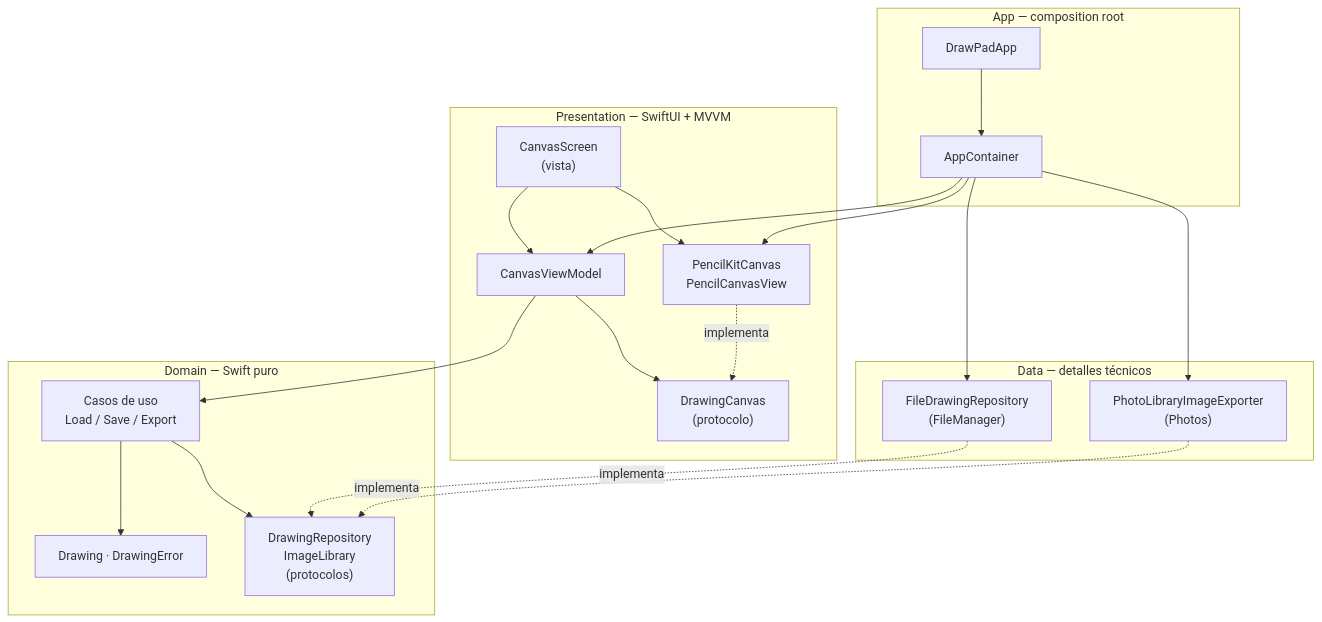
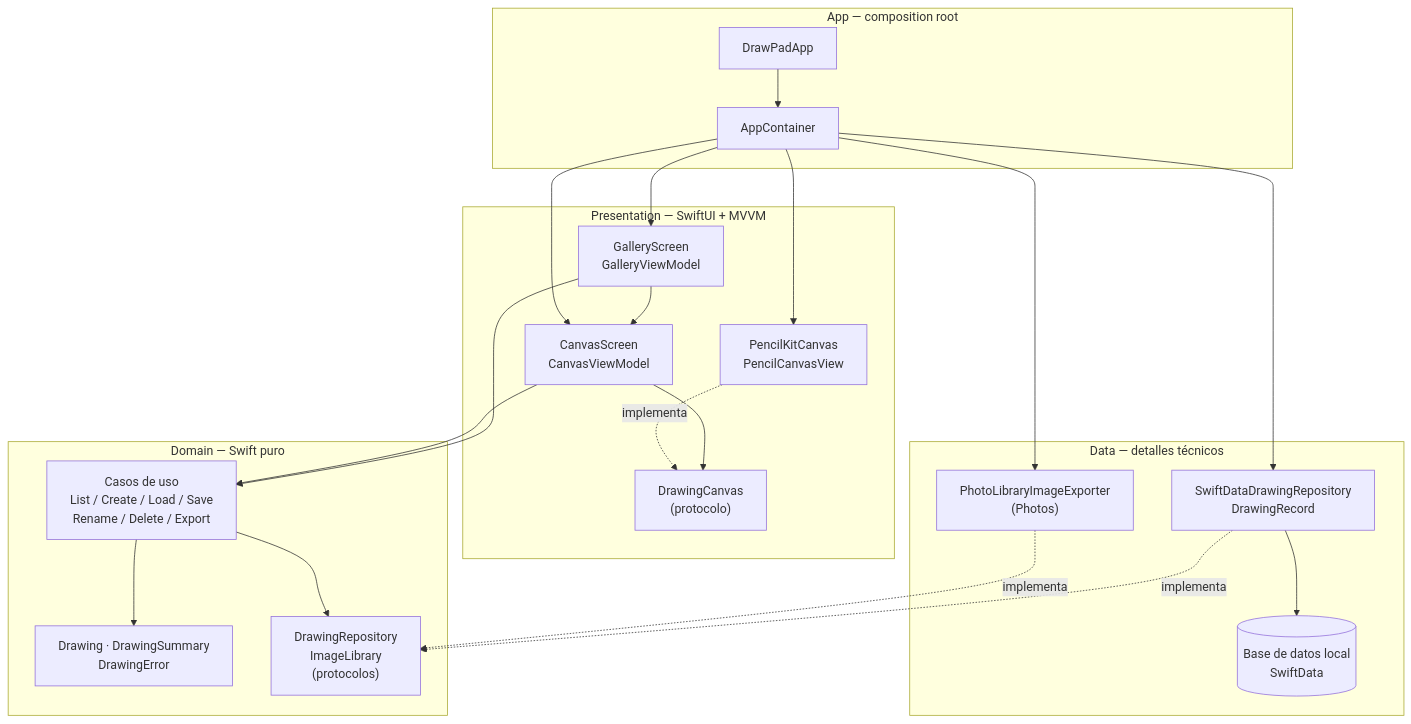
One commit to jhonjairo6230/DrawPad changed the first of 8 diagrams in docs/arquitectura.md. Above: the diagram before and after it, drawn with Mermaid. The commit also changed other lines of this file and 6 other files, not shown here.

First line of the commit message:
Documentar la galería y la base de datos SwiftData

````diff
--- a/docs/arquitectura.md
+++ b/docs/arquitectura.md
@@ -13,37 +13,40 @@
 ```mermaid
 flowchart TB
     subgraph APP["App — composition root"]
         A1["DrawPadApp"]
         A2["AppContainer"]
     end
     subgraph PRES["Presentation — SwiftUI + MVVM"]
-        P1["CanvasScreen<br/>(vista)"]
-        P2["CanvasViewModel"]
+        G1["GalleryScreen<br/>GalleryViewModel"]
+        P1["CanvasScreen<br/>CanvasViewModel"]
         P3["DrawingCanvas<br/>(protocolo)"]
         P4["PencilKitCanvas<br/>PencilCanvasView"]
     end
     subgraph DOM["Domain — Swift puro"]
-        D1["Casos de uso<br/>Load / Save / Export"]
-        D2["Drawing · DrawingError"]
+        D1["Casos de uso<br/>List / Create / Load / Save<br/>Rename / Delete / Export"]
+        D2["Drawing · DrawingSummary<br/>DrawingError"]
         D3["DrawingRepository<br/>ImageLibrary<br/>(protocolos)"]
     end
     subgraph DATA["Data — detalles técnicos"]
-        T1["FileDrawingRepository<br/>(FileManager)"]
+        T1["SwiftDataDrawingRepository<br/>DrawingRecord"]
         T2["PhotoLibraryImageExporter<br/>(Photos)"]
+        T3[("Base de datos local<br/>SwiftData")]
     end
 
-    P1 --> P2
-    P1 --> P4
-    P2 --> P3
+    G1 --> P1
+    G1 --> D1
+    P1 --> P3
+    P1 --> D1
     P4 -. implementa .-> P3
-    P2 --> D1
     D1 --> D2
     D1 --> D3
     T1 -. implementa .-> D3
     T2 -. implementa .-> D3
-    A2 --> P2
+    T1 --> T3
+    A1 --> A2
+    A2 --> G1
+    A2 --> P1
     A2 --> P4
     A2 --> T1
     A2 --> T2
-    A1 --> A2
 ```
````
